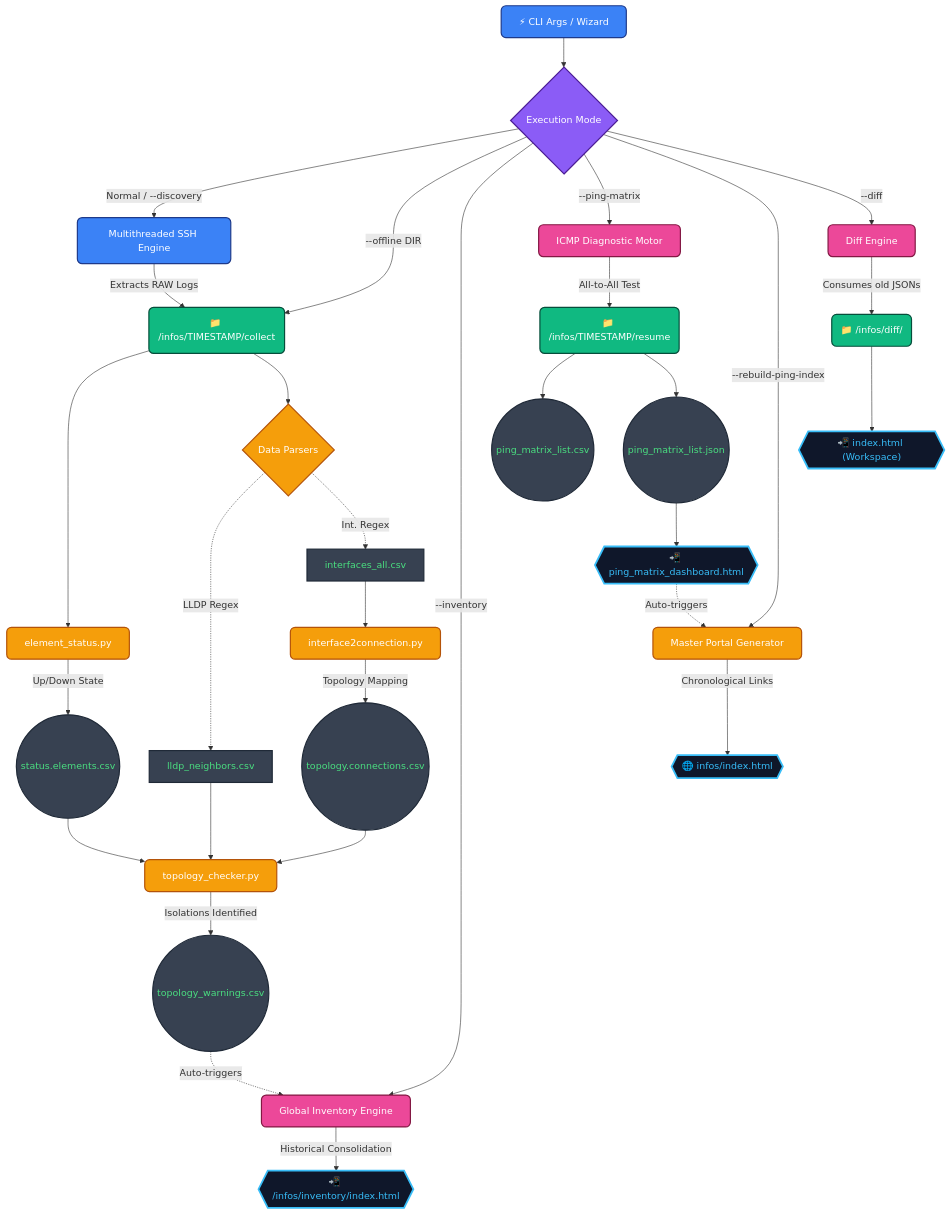
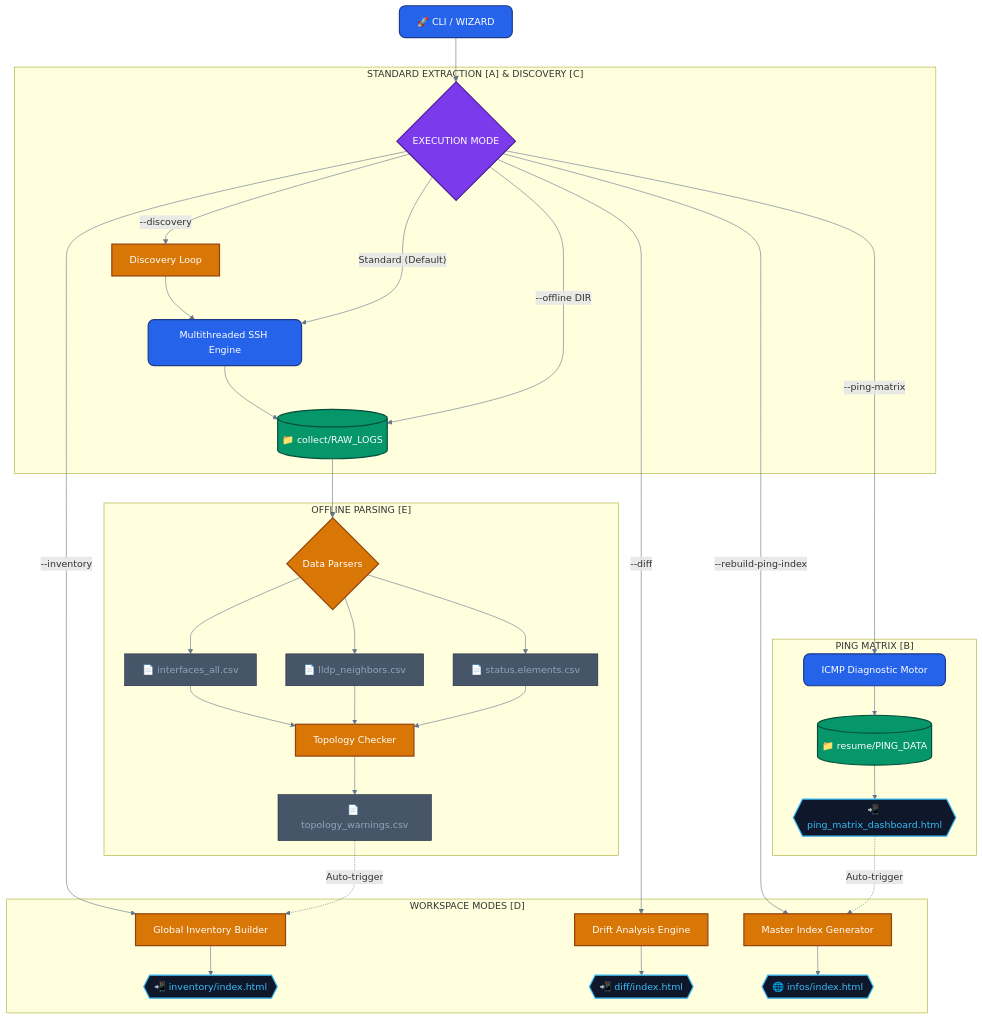
The diagram in README.md (flashbsb/network-data-extractor), drawn with Mermaid before and after one commit. The commit also changed other lines of this file and 1 other file, not shown here.

Commit message:
Version 1.58.3 fix

````diff
--- a/README.md
+++ b/README.md
@@ -30,58 +36,53 @@
 ```mermaid
 graph TD
     %% Styling Definitions
-    classDef mainEngine fill:#3b82f6,stroke:#1e3a8a,stroke-width:2px,color:#fff,rx:8px,ry:8px;
-    classDef branch fill:#8b5cf6,stroke:#4c1d95,stroke-width:2px,color:#fff,rx:8px,ry:8px;
-    classDef module fill:#f59e0b,stroke:#b45309,stroke-width:2px,color:#fff,rx:8px,ry:8px;
-    classDef pingmod fill:#ec4899,stroke:#831843,stroke-width:2px,color:#fff,rx:8px,ry:8px;
-    classDef folder fill:#10b981,stroke:#064e3b,stroke-width:2px,color:#fff,rx:8px,ry:8px;
-    classDef csvout fill:#374151,stroke:#1f2937,stroke-width:2px,color:#4ade80;
-    classDef htmldash fill:#0f172a,stroke:#38bdf8,stroke-width:3px,color:#38bdf8;
+    classDef engine fill:#2563eb,stroke:#1e3a8a,stroke-width:2px,color:#fff,rx:10,ry:10;
+    classDef branch fill:#7c3aed,stroke:#4c1d95,stroke-width:2px,color:#fff,rx:10,ry:10;
+    classDef storage fill:#059669,stroke:#064e3b,stroke-width:2px,color:#fff,rx:5,ry:5;
+    classDef module fill:#d97706,stroke:#92400e,stroke-width:2px,color:#fff;
+    classDef web fill:#0f172a,stroke:#38bdf8,stroke-width:2px,color:#38bdf8,rx:10,ry:10;
+    classDef csv fill:#475569,stroke:#1e293b,stroke-width:1px,color:#94a3b8;
 
-    %% Entry
-    A["⚡ CLI Args / Wizard"]:::mainEngine --> B{Execution Mode}:::branch
-    
-    %% Branch 1: Normal Extraction
-    B -->|Normal / --discovery| C[Multithreaded SSH Engine]:::mainEngine
-    C -->|"Extracts RAW Logs"| D("📁 /infos/TIMESTAMP/collect"):::folder
-    
-    %% Branch 2: Offline Parsing
-    B -->|--offline DIR| D
-    
-    D --> E[element_status.py]:::module
-    E -->|"Up/Down State"| F(("status.elements.csv")):::csvout
-    
-    D --> G{Data Parsers}:::module
-    G -.->|LLDP Regex| H["lldp_neighbors.csv"]:::csvout
-    G -.->|Int. Regex| I["interfaces_all.csv"]:::csvout
-    
-    I --> J[interface2connection.py]:::module
-    J -->|"Topology Mapping"| K(("topology.connections.csv")):::csvout
-    
-    K --> L[topology_checker.py]:::module
-    H --> L
-    F --> L
-    L -->|"Isolations Identified"| M(("topology_warnings.csv")):::csvout
+    %% Entry Point
+    START["🚀 CLI / WIZARD"]:::engine --> MODE{EXECUTION MODE}:::branch
 
-    %% Global Inventory Dashboard
-    M -.->|"Auto-triggers"| INVENT
-    B -->|--inventory| INVENT[Global Inventory Engine]:::pingmod
-    INVENT -->|"Historical Consolidation"| INVENTOUT{{"📲 /infos/inventory/index.html"}}:::htmldash
+    subgraph "STANDARD EXTRACTION [A] & DISCOVERY [C]"
+        MODE -->|"--discovery"| DISCO[Discovery Loop]:::module
+        DISCO --> SSH
+        MODE -->|"Standard (Default)"| SSH[Multithreaded SSH Engine]:::engine
+        SSH --> RAW[("📁 collect/RAW_LOGS")]:::storage
+    end
 
-    %% Branch 3: Ping Matrix
-    B -->|--ping-matrix| P[ICMP Diagnostic Motor]:::pingmod
-    P -->|"All-to-All Test"| Q("📁 /infos/TIMESTAMP/resume"):::folder
-    Q --> R(("ping_matrix_list.csv")):::csvout
-    Q --> S(("ping_matrix_list.json")):::csvout
-    S --> T{{"📲 ping_matrix_dashboard.html"}}:::htmldash
-    
-    %% Ping Matrix Master Portal
-    T -.->|"Auto-triggers"| U
-    B -->|--rebuild-ping-index| U[Master Portal Generator]:::module
-    U -->|"Chronological Links"| UOUT{{"🌐 infos/index.html"}}:::htmldash
+    subgraph "OFFLINE PARSING [E]"
+        MODE -->|"--offline DIR"| RAW
+        RAW --> PARSE{Data Parsers}:::module
+        PARSE --> CSV_INT["📄 interfaces_all.csv"]:::csv
+        PARSE --> CSV_LLDP["📄 lldp_neighbors.csv"]:::csv
+        PARSE --> CSV_STAT["📄 status.elements.csv"]:::csv
+        
+        CSV_INT & CSV_LLDP & CSV_STAT --> TOPO[Topology Checker]:::module
+        TOPO --> CSV_WARN["📄 topology_warnings.csv"]:::csv
+    end
 
-    %% Branch 4: Drift Analysis
-    B -->|--diff| V[Diff Engine]:::pingmod
-    V -->|"Consumes old JSONs"| W("📁 /infos/diff/"):::folder
-    W --> X{{"📲 index.html (Workspace)"}}:::htmldash
+    subgraph "PING MATRIX [B]"
+        MODE -->|"--ping-matrix"| ICMP[ICMP Diagnostic Motor]:::engine
+        ICMP --> PING_RES[("📁 resume/PING_DATA")]:::storage
+        PING_RES --> PING_HTML{{"📲 ping_matrix_dashboard.html"}}:::web
+    end
+
+    subgraph "WORKSPACE MODES [D]"
+        MODE -->|"--inventory"| INV_GEN[Global Inventory Builder]:::module
+        CSV_WARN -.->|"Auto-trigger"| INV_GEN
+        INV_GEN --> INV_HTML{{"📲 inventory/index.html"}}:::web
+
+        MODE -->|"--diff"| DIFF_GEN[Drift Analysis Engine]:::module
+        DIFF_GEN --> DIFF_HTML{{"📲 diff/index.html"}}:::web
+
+        MODE -->|"--rebuild-ping-index"| PM_GEN[Master Index Generator]:::module
+        PING_HTML -.->|"Auto-trigger"| PM_GEN
+        PM_GEN --> PM_HTML{{"🌐 infos/index.html"}}:::web
+    end
+
+    %% Link styles
+    linkStyle default stroke:#64748b,stroke-width:1px;
 ```
````
